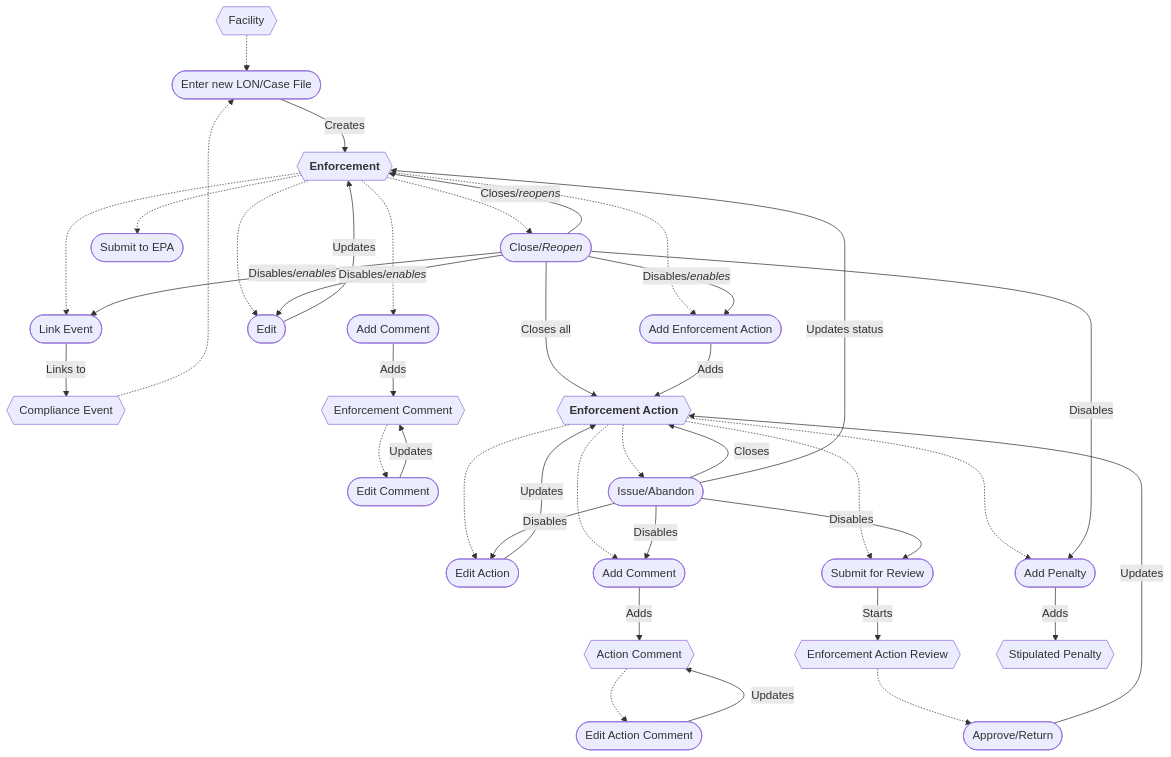
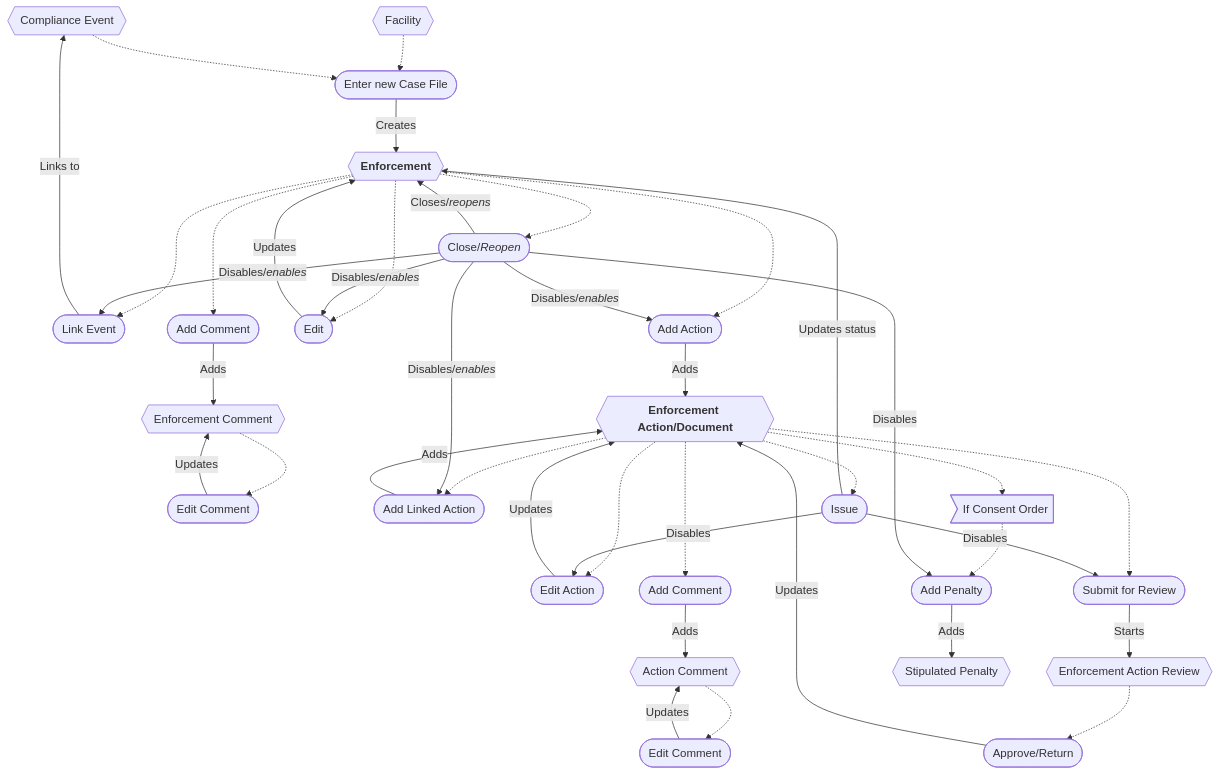
The first of 2 diagrams in docs/Workflows/Enforcement-workflow.md (gaepdit/air-web), drawn with Mermaid before and after one commit. The commit also changed other lines of this file, not shown here.

Commit message:
Update the enforcement workflow

````diff
--- a/docs/Workflows/Enforcement-workflow.md
+++ b/docs/Workflows/Enforcement-workflow.md
@@ -39,70 +41,71 @@
 ```mermaid
 flowchart
+    EVT{{Compliance Event}}
     FAC{{Facility}}
-    EVT{{Compliance Event}}
     ENF{{"`**Enforcement**`"}}
-    CMT{{Enforcement Comment}}
-    ACT{{"`**Enforcement Action**`"}}
+    CTE{{Enforcement Comment}}
+    ACT{{"`**Enforcement Action/Document**`"}}
     REV{{"Enforcement Action Review"}}
-    CMA{{Action Comment}}
+    CTA{{Action Comment}}
     STP{{Stipulated Penalty}}
 
     link([Link Event])
-    add([Enter new LON/Case File])
+    add([Enter new Case File])
     comment([Add Comment])
     editEnf([Edit])
-    addAction([Add Enforcement Action])
+    addAction([Add Action])
     close(["`Close/*Reopen*`"])
     editComment([Edit Comment])
     editAction([Edit Action])
+    addLinkedAction([Add Linked Action])
     commentAction([Add Comment])
-    editCommentAction([Edit Action Comment])
+    editCommentAction([Edit Comment])
     review([Submit for Review])
     respond([Approve/Return])
-    issue([Issue/Abandon])
-    epa([Submit to EPA])
+    issue([Issue])
     penalty([Add Penalty])
+
+    IfCO>If Consent Order]
 
     FAC -.-> add
     ENF -.-> link
     EVT -.-> add
     ENF -.-> editEnf
     ENF -.-> close
     ENF -..-> comment
     ENF -.-> addAction
-    ENF -.-> epa
-    CMT -.-> editComment
-    ACT -.-> commentAction
+    ACT -.-> addLinkedAction
+    CTE -.-> editComment
+    ACT -..-> commentAction
     ACT -.-> editAction
     ACT -.-> review
     ACT -.-> issue
-    CMA -.-> editCommentAction
+    CTA -.-> editCommentAction
     REV -.-> respond
-    ACT -..-> penalty
+    ACT -.-> IfCO -.-> penalty
 
+    close -->|"`Disables/*enables*`"| addAction
+    close -->|"`Disables/*enables*`"| addLinkedAction
     close -->|"`Disables/*enables*`"| editEnf
-    close -->|"`Disables/*enables*`"| addAction
     close -->|"`Disables/*enables*`"| link
     issue -->|Disables| editAction
-    issue -->|Disables| commentAction
     issue -->|Disables| review
 
+    add -->|Creates| ENF
+    addAction -->|Adds| ACT
+    addLinkedAction -->|Adds| ACT
+    close -->|"`Closes/*reopens*`"| ENF
+    close -->|Disables| penalty
+    comment -->|Adds| CTE
+    commentAction -->|Adds| CTA
+    editAction -->|Updates| ACT
+    editComment -->|Updates| CTE
+    editCommentAction -->|Updates| CTA
+    editEnf -->|Updates| ENF
+    issue -->|Updates status| ENF
     link -->|Links to| EVT
-    add -->|Creates| ENF
-    editEnf -->|Updates| ENF
-    editAction -->|Updates| ACT
-    issue -->|Closes| ACT
-    issue -->|Updates status| ENF
-    close -->|"`Closes/*reopens*`"| ENF
-    close -->|Closes all| ACT
-    close -->|Disables| penalty
-    editComment -->|Updates| CMT
-    editCommentAction -->|Updates| CMA
-    comment -->|Adds| CMT
-    commentAction -->|Adds| CMA
-    addAction -->|Adds| ACT
+    penalty -->|Adds| STP
+    respond -->|Updates| ACT
     review -->|Starts| REV
-    respond -->|Updates| ACT
-    penalty -->|Adds| STP
 
 ```
````
